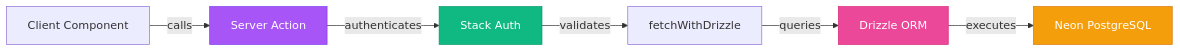
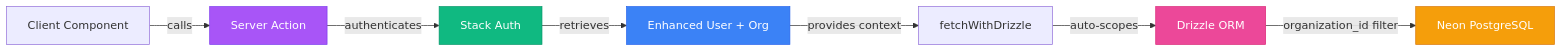
The seventh of 12 diagrams in README.md (ChanMeng666/esol-learning-platform), drawn with Mermaid before and after one commit. The commit also changed other lines of this file and 2 other files, not shown here.

First line of the commit message:
docs(architecture): update documentation to reflect multi-tenant architecture

````diff
--- a/README.md
+++ b/README.md
@@ -504,13 +511,15 @@
 ```mermaid
 graph LR
     A[Client Component] -->|calls| B[Server Action]
     B -->|authenticates| C[Stack Auth]
-    C -->|validates| D[fetchWithDrizzle]
-    D -->|queries| E[Drizzle ORM]
-    E -->|executes| F[Neon PostgreSQL]
+    C -->|retrieves| D[Enhanced User + Org]
+    D -->|provides context| E[fetchWithDrizzle]
+    E -->|auto-scopes| F[Drizzle ORM]
+    F -->|organization_id filter| G[Neon PostgreSQL]
 
     style B fill:#a855f7,stroke:#7c3aed,color:#fff
     style C fill:#10b981,stroke:#059669,color:#fff
-    style E fill:#ec4899,stroke:#db2777,color:#fff
-    style F fill:#f59e0b,stroke:#d97706,color:#fff
+    style D fill:#3b82f6,stroke:#2563eb,color:#fff
+    style F fill:#ec4899,stroke:#db2777,color:#fff
+    style G fill:#f59e0b,stroke:#d97706,color:#fff
 ```
````
